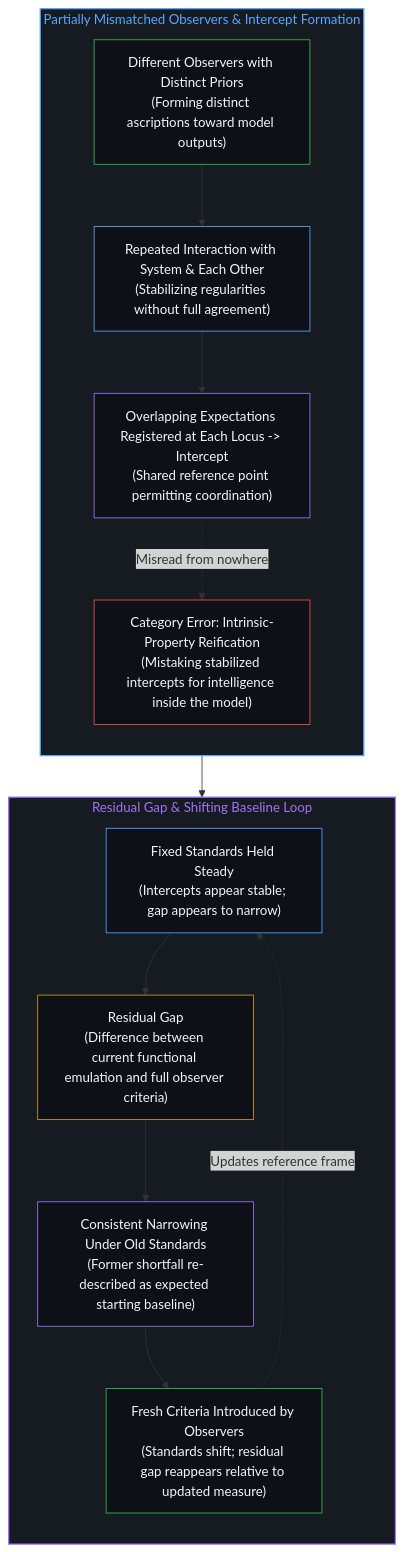
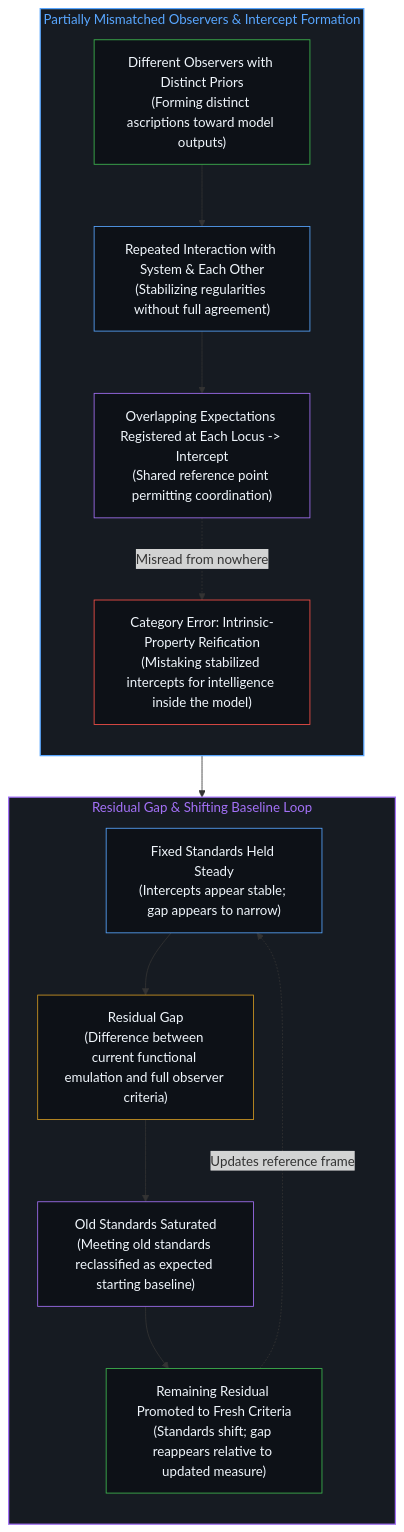
One commit to powerpig99/not-a-toe changed the second of 4 diagrams in content/posts/intelligence-in-observation-and-the-residual-gap.md. Above: the diagram before and after it, drawn with Mermaid. The commit also changed other lines of this file and 3 other files, not shown here.

````diff
--- a/content/posts/intelligence-in-observation-and-the-residual-gap.md
+++ b/content/posts/intelligence-in-observation-and-the-residual-gap.md
@@ -55,35 +55,35 @@
 ```mermaid
 flowchart TD
     subgraph S_Observers["Partially Mismatched Observers & Intercept Formation"]
         direction TB
         O1["Different Observers with Distinct Priors<br/>(Forming distinct ascriptions toward model outputs)"]
         O2["Repeated Interaction with System & Each Other<br/>(Stabilizing regularities without full agreement)"]
         INT["Overlapping Expectations Registered at Each Locus -> Intercept<br/>(Shared reference point permitting coordination)"]
         ERR["Category Error: Intrinsic-Property Reification<br/>(Mistaking stabilized intercepts for intelligence inside the model)"]
         O1 --> O2
         O2 --> INT
         INT -. "Misread from nowhere" .-> ERR
     end
     subgraph S_Cycle["Residual Gap & Shifting Baseline Loop"]
         direction TB
         FIX["Fixed Standards Held Steady<br/>(Intercepts appear stable; gap appears to narrow)"]
         RES["Residual Gap<br/>(Difference between current functional emulation and full observer criteria)"]
-        BASE["Consistent Narrowing Under Old Standards<br/>(Former shortfall re-described as expected starting baseline)"]
-        NEW["Fresh Criteria Introduced by Observers<br/>(Standards shift; residual gap reappears relative to updated measure)"]
+        BASE["Old Standards Saturated<br/>(Meeting old standards reclassified as expected starting baseline)"]
+        NEW["Remaining Residual Promoted to Fresh Criteria<br/>(Standards shift; gap reappears relative to updated measure)"]
         FIX --> RES
         RES --> BASE
         BASE --> NEW
         NEW -. "Updates reference frame" .-> FIX
     end
     INT --> FIX
     style S_Observers fill:#161b22,stroke:#58a6ff,stroke-width:1.5px,color:#58a6ff
     style S_Cycle fill:#161b22,stroke:#a371f7,stroke-width:1.5px,color:#a371f7
     style O1 fill:#0d1117,stroke:#3fb950,stroke-width:1px,color:#f0f6fc
     style O2 fill:#0d1117,stroke:#58a6ff,stroke-width:1px,color:#f0f6fc
     style INT fill:#0d1117,stroke:#a371f7,stroke-width:1px,color:#f0f6fc
     style ERR fill:#0d1117,stroke:#f85149,stroke-width:1px,color:#f0f6fc
     style FIX fill:#0d1117,stroke:#58a6ff,stroke-width:1px,color:#f0f6fc
     style RES fill:#0d1117,stroke:#d29922,stroke-width:1px,color:#f0f6fc
     style BASE fill:#0d1117,stroke:#a371f7,stroke-width:1px,color:#f0f6fc
     style NEW fill:#0d1117,stroke:#3fb950,stroke-width:1px,color:#f0f6fc
 ```
````
